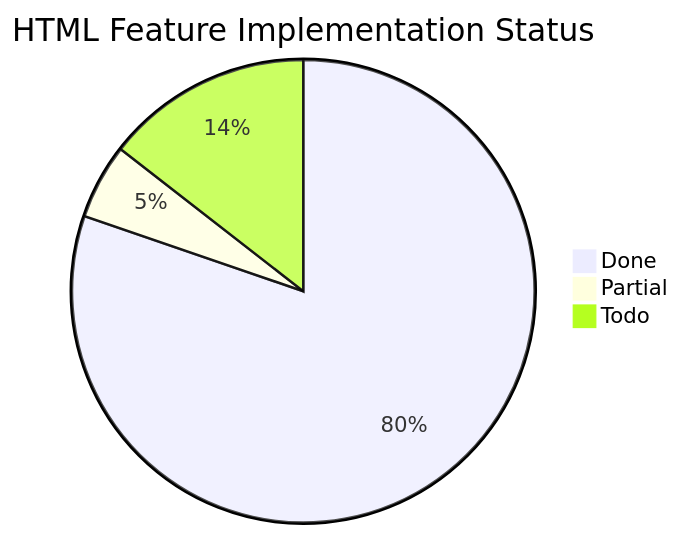
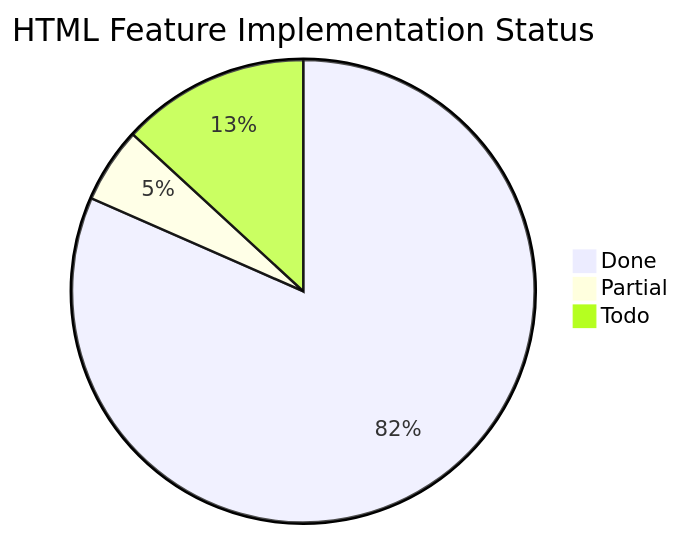
One commit to SimonCropp/OpenXmlHtml changed the third of 3 diagrams in docs/html-features.md. Above: the diagram before and after it, drawn with Mermaid. The commit also changed other lines of this file and 25 other files, not shown here.

````diff
--- a/docs/html-features.md
+++ b/docs/html-features.md
@@ -821,6 +824,6 @@
 ```mermaid
 pie title HTML Feature Implementation Status
-    "Done" : 61
+    "Done" : 62
     "Partial" : 4
-    "Todo" : 11
+    "Todo" : 10
 ```
````
